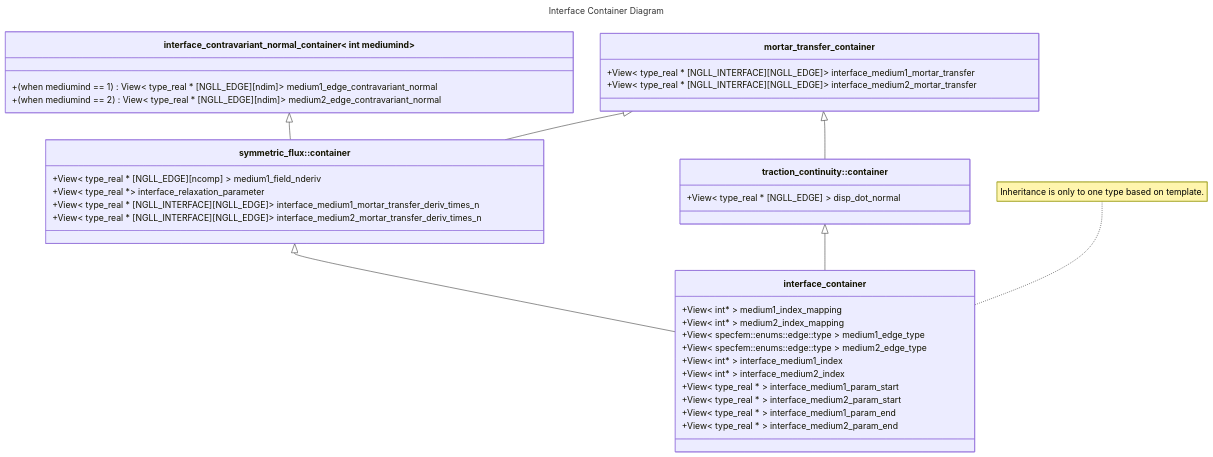
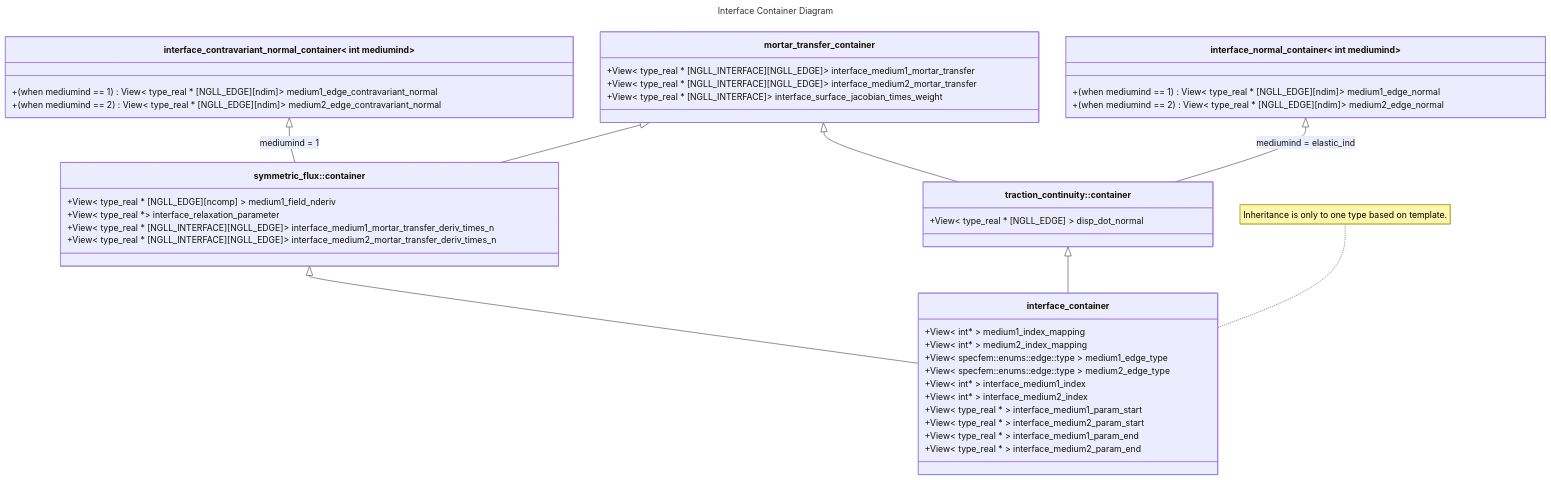
One commit to int-ptr-ptr/SPECFEMPP changed the diagram in workflow_int_ptr_ptr/lci_plan.md. Above: the diagram before and after it, drawn with Mermaid. The commit also changed other lines of this file and 11 other files, not shown here.

Commit message:
interface jacobian -> jacobian_times_weight; documentation

````diff
--- a/workflow_int_ptr_ptr/lci_plan.md
+++ b/workflow_int_ptr_ptr/lci_plan.md
@@ -40,51 +43,58 @@
 ```mermaid
 ---
 title: Interface Container Diagram
 ---
 classDiagram
   class symmetric_flux["symmetric_flux::container"]{
   +View< type_real * [NGLL_EDGE][ncomp] > medium1_field_nderiv
   +View< type_real *> interface_relaxation_parameter
   +View< type_real * [NGLL_INTERFACE][NGLL_EDGE]> interface_medium1_mortar_transfer_deriv_times_n
   +View< type_real * [NGLL_INTERFACE][NGLL_EDGE]> interface_medium2_mortar_transfer_deriv_times_n
   }
   link symmetric_flux "#interfacedoc_symmetric_flux_container"
   class traction_continuity["traction_continuity::container"]{
     +View< type_real * [NGLL_EDGE] > disp_dot_normal
   }
   link traction_continuity "#interfacedoc_traction_continuity_container"
   class interface_contravariant_normal_container["interface_contravariant_normal_container< int mediumind>"]{
     +(when mediumind == 1) View< type_real * [NGLL_EDGE][ndim]> medium1_edge_contravariant_normal
     +(when mediumind == 2) View< type_real * [NGLL_EDGE][ndim]> medium2_edge_contravariant_normal
   }
   link interface_contravariant_normal_container "#interfacedoc_interface_contravariant_normal_container"
   class mortar_transfer_container{
     +View< type_real * [NGLL_INTERFACE][NGLL_EDGE]> interface_medium1_mortar_transfer
     +View< type_real * [NGLL_INTERFACE][NGLL_EDGE]> interface_medium2_mortar_transfer
+    +View< type_real * [NGLL_INTERFACE]> interface_surface_jacobian_times_weight
   }
   link mortar_transfer_container "#interfacedoc_mortar_transfer_container"
+  class interface_normal_container["interface_normal_container< int mediumind>"]{
+    +(when mediumind == 1) View< type_real * [NGLL_EDGE][ndim]> medium1_edge_normal
+    +(when mediumind == 2) View< type_real * [NGLL_EDGE][ndim]> medium2_edge_normal
+  }
+  link interface_normal_container "#interfacedoc_interface_normal_container"
 
 
   class interface_container{
     +View< int* > medium1_index_mapping
     +View< int* > medium2_index_mapping
     +View< specfem::enums::edge::type > medium1_edge_type
     +View< specfem::enums::edge::type > medium2_edge_type
     +View< int* > interface_medium1_index
     +View< int* > interface_medium2_index
     +View< type_real * > interface_medium1_param_start
     +View< type_real * > interface_medium2_param_start
     +View< type_real * > interface_medium1_param_end
     +View< type_real * > interface_medium2_param_end
   }
   link interface_container "#interfacedoc_interface_container"
 
   symmetric_flux <|-- interface_container
   traction_continuity <|-- interface_container
 
   mortar_transfer_container <|-- symmetric_flux
-  interface_contravariant_normal_container <|-- symmetric_flux
+  interface_contravariant_normal_container <|-- symmetric_flux : mediumind = 1
   mortar_transfer_container <|-- traction_continuity
+  interface_normal_container <|-- traction_continuity : mediumind = elastic_ind
 
   note for interface_container "Inheritance is only to one type based on template."
 ```
````
